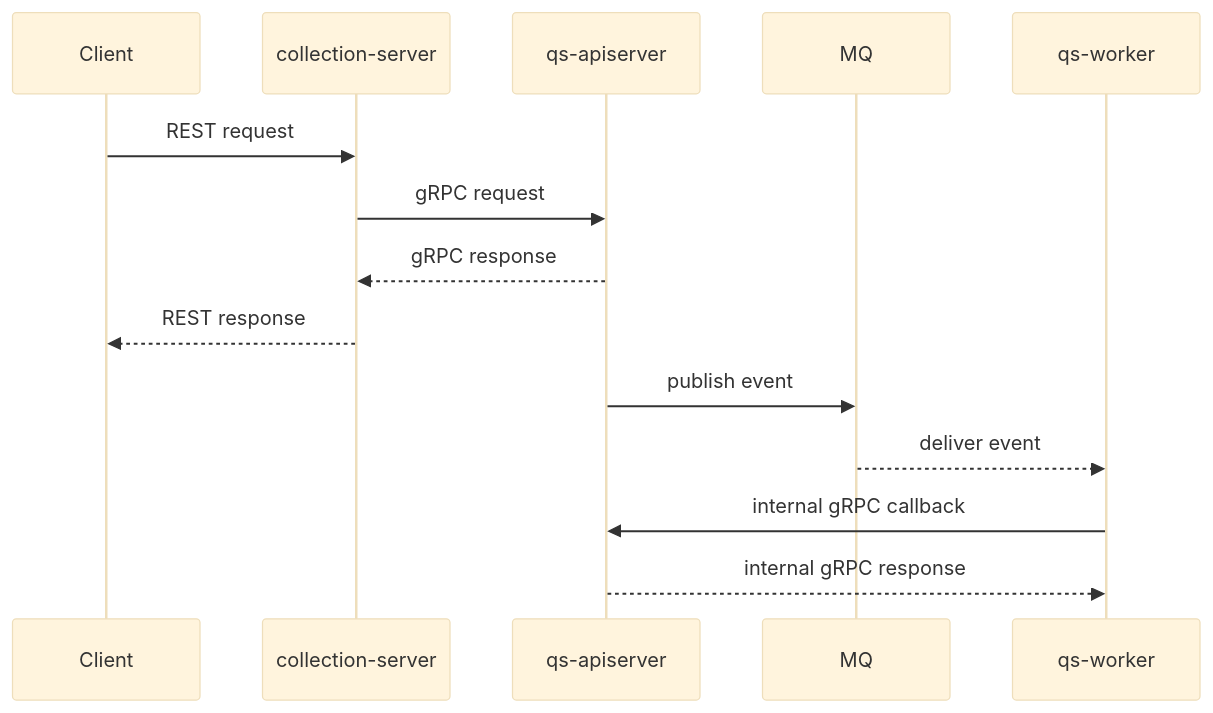
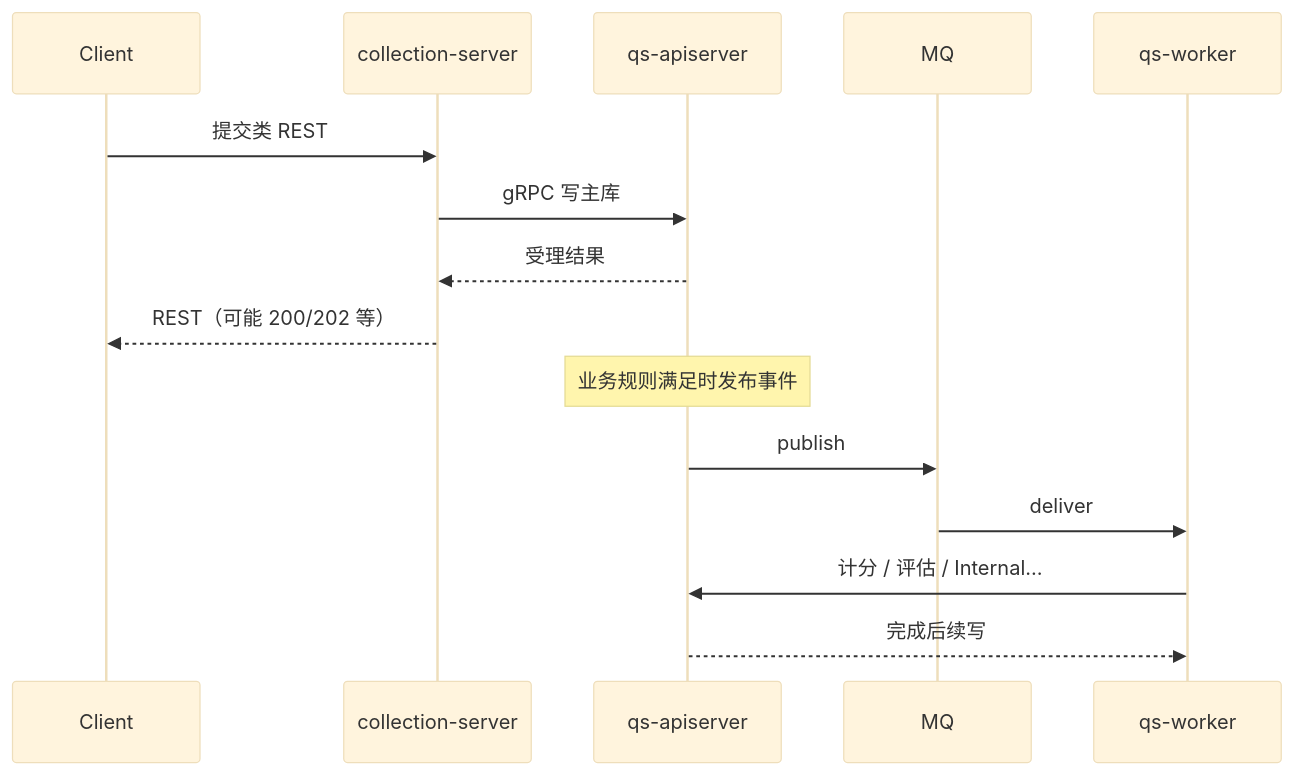
Before and after one commit to FangcunMount/qs-server: the fourth of 4 diagrams in docs/01-运行时/04-进程间通信.md, drawn with Mermaid (base theme). The commit also changed other lines of this file and 34 other files, not shown here.

````diff
--- a/docs/01-运行时/04-进程间通信.md
+++ b/docs/01-运行时/04-进程间通信.md
@@ -134,18 +75,19 @@
 ```mermaid
 sequenceDiagram
-    participant Client as Client
-    participant Collection as collection-server
-    participant API as qs-apiserver
+    participant C as Client
+    participant Col as collection-server
+    participant Api as qs-apiserver
     participant MQ as MQ
-    participant Worker as qs-worker
+    participant W as qs-worker
 
-    Client->>Collection: REST request
-    Collection->>API: gRPC request
-    API-->>Collection: gRPC response
-    Collection-->>Client: REST response
+    C->>Col: 提交类 REST
+    Col->>Api: gRPC 写主库
+    Api-->>Col: 受理结果
+    Col-->>C: REST（可能 200/202 等）
 
-    API->>MQ: publish event
-    MQ-->>Worker: deliver event
-    Worker->>API: internal gRPC callback
-    API-->>Worker: internal gRPC response
+    Note over Api: 业务规则满足时发布事件
+    Api->>MQ: publish
+    MQ->>W: deliver
+    W->>Api: 计分 / 评估 / Internal…
+    Api-->>W: 完成后续写
 ```
````
